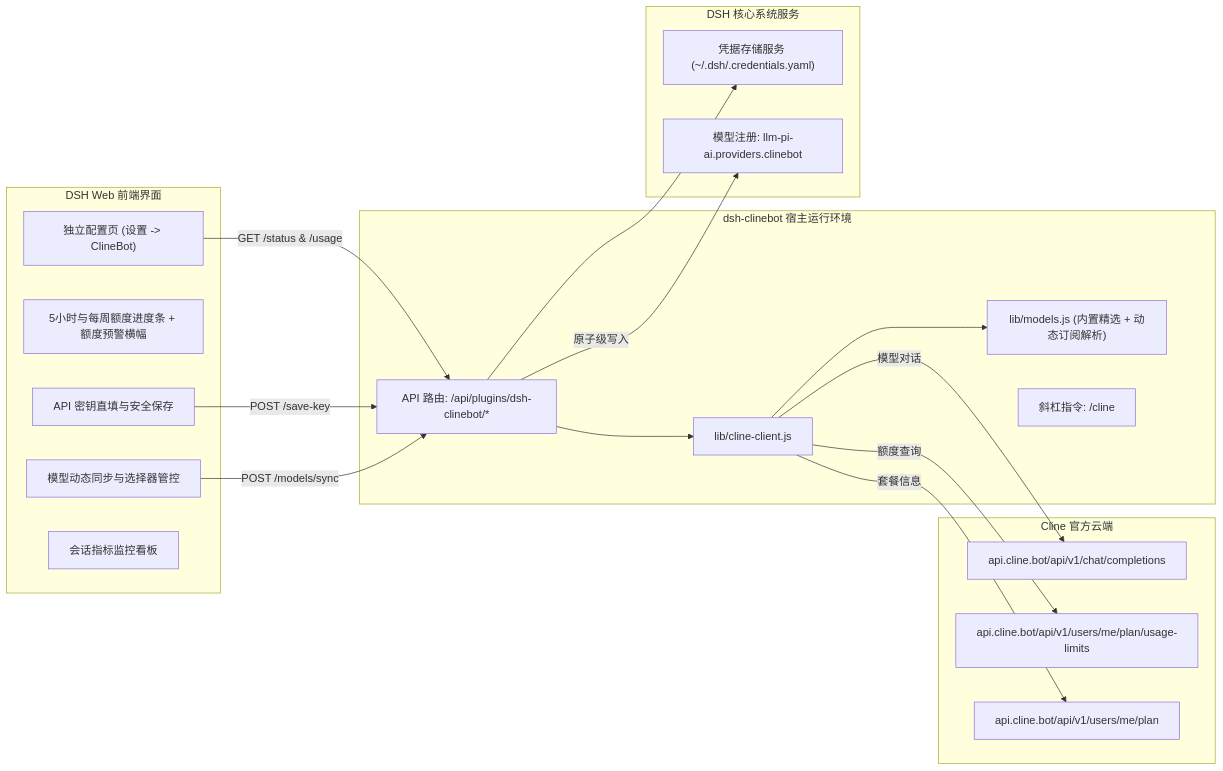
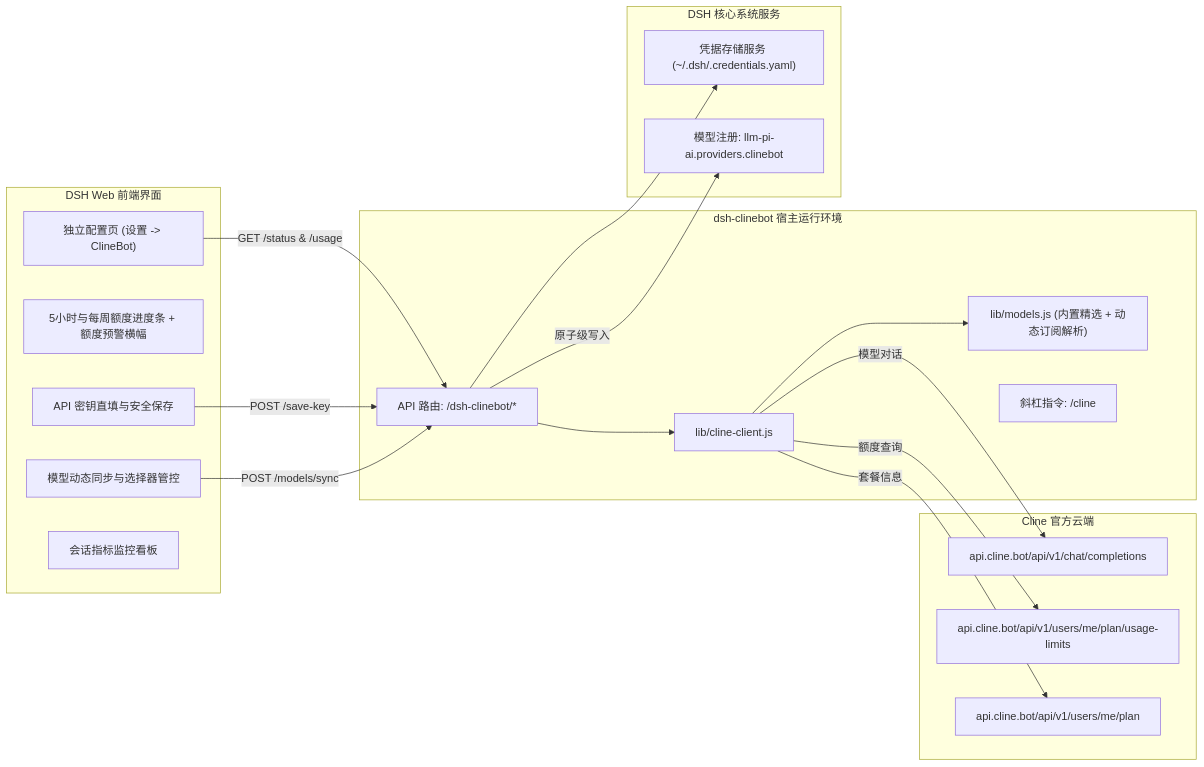
The diagram in README.zh.md (GooDAnDReaDY/dsh-clinebot), drawn with Mermaid before and after one commit. The commit also changed other lines of this file and 7 other files, not shown here.

````diff
--- a/README.zh.md
+++ b/README.zh.md
@@ -66,39 +66,39 @@
 ```mermaid
 graph LR
     subgraph UI [DSH Web 前端界面]
         Page["独立配置页 (设置 -> ClineBot)"]
         QuotaBar["5小时与每周额度进度条 + 额度预警横幅"]
         KeyInput["API 密钥直填与安全保存"]
         ModelPick["模型动态同步与选择器管控"]
         StatsCard["会话指标监控看板"]
     end
 
     subgraph PluginHost [dsh-clinebot 宿主运行环境]
-        HttpEndpoints["API 路由: /api/plugins/dsh-clinebot/*"]
+        HttpEndpoints["API 路由: /dsh-clinebot/*"]
         ClientCore["lib/cline-client.js"]
         ModelCatalog["lib/models.js (内置精选 + 动态订阅解析)"]
         SlashCmd["斜杠指令: /cline"]
     end
 
     subgraph DSHCore [DSH 核心系统服务]
         Credentials["凭据存储服务 (~/.dsh/.credentials.yaml)"]
         PiAi["模型注册: llm-pi-ai.providers.clinebot"]
     end
 
     subgraph Upstream [Cline 官方云端]
         ClinePass["api.cline.bot/api/v1/chat/completions"]
         ClineQuota["api.cline.bot/api/v1/users/me/plan/usage-limits"]
         ClinePlan["api.cline.bot/api/v1/users/me/plan"]
     end
 
     Page -->|GET /status & /usage| HttpEndpoints
     KeyInput -->|POST /save-key| HttpEndpoints
     ModelPick -->|POST /models/sync| HttpEndpoints
     HttpEndpoints --> Credentials
     HttpEndpoints --> ClientCore
     ClientCore --> ModelCatalog
     HttpEndpoints -->|原子级写入| PiAi
     ClientCore -->|模型对话| ClinePass
     ClientCore -->|额度查询| ClineQuota
     ClientCore -->|套餐信息| ClinePlan
 ```
````
